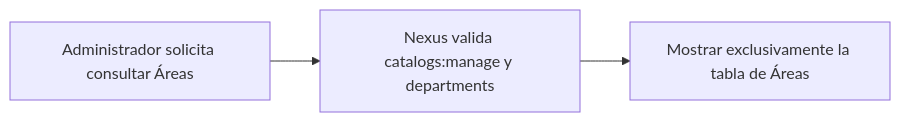
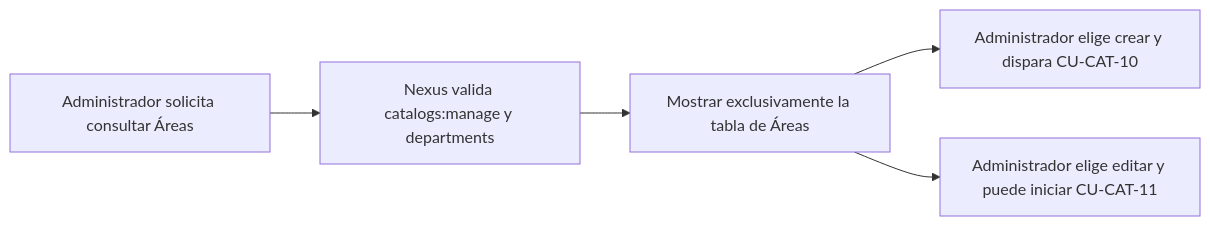
The diagram in docs/requirements/diagrams/catalogs/cu-cat-09.md (gpgsistemas01/nexus), drawn with Mermaid before and after one commit. The commit also changed 473 other files, not shown here.

````diff
--- a/docs/requirements/diagrams/catalogs/cu-cat-09.md
+++ b/docs/requirements/diagrams/catalogs/cu-cat-09.md
@@ -3,5 +3,8 @@
 ```mermaid
 flowchart LR
+    accTitle: CU-CAT-09 — Consultar área
     request["Administrador solicita consultar Áreas"] --> authorize["Nexus valida catalogs:manage y departments"]
     authorize --> result["Mostrar exclusivamente la tabla de Áreas"]
+    result --> create["Administrador elige crear y dispara CU-CAT-10"]
+    result --> edit["Administrador elige editar y puede iniciar CU-CAT-11"]
 ```
````
